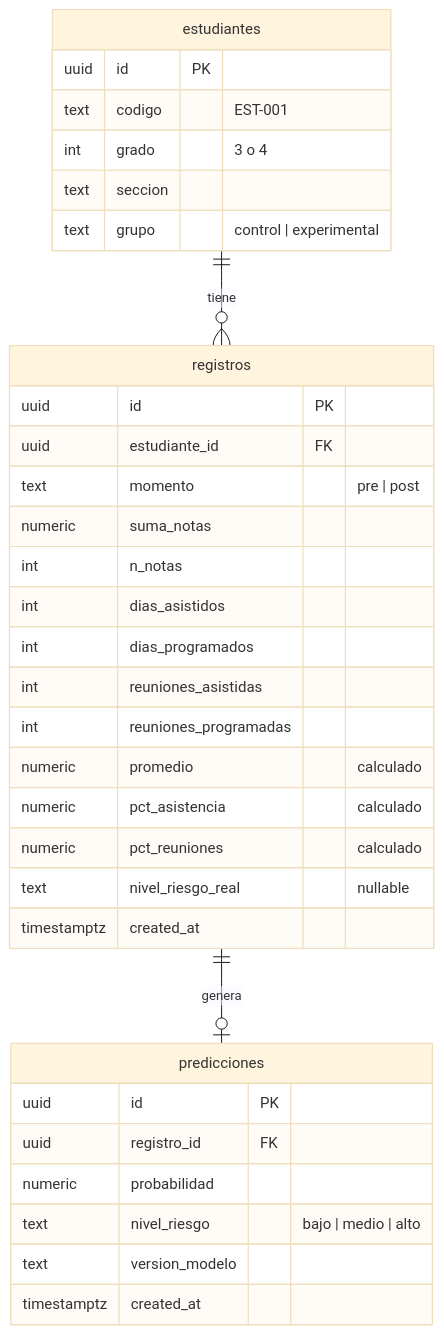
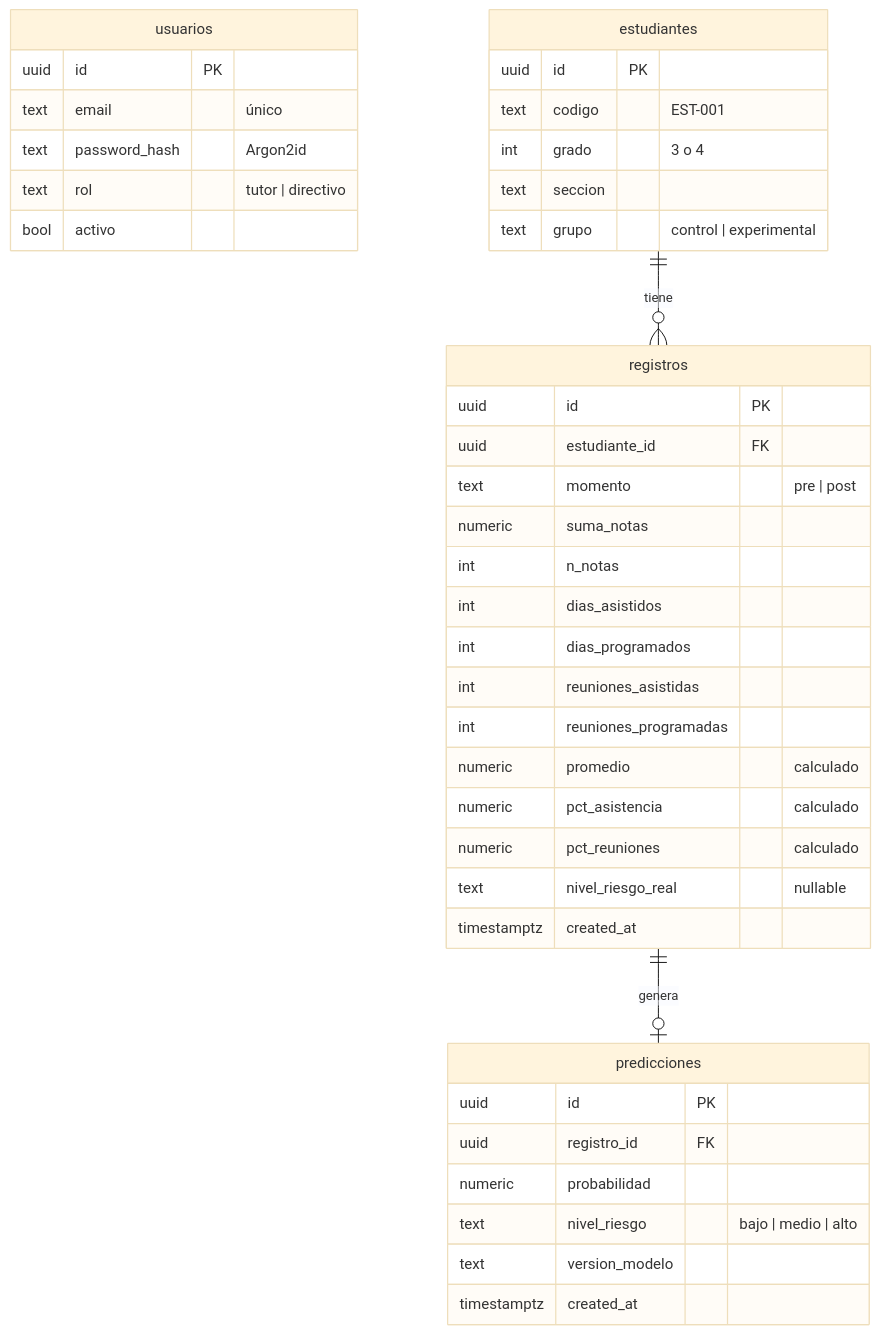
Before and after one commit to marclo-j/web-ml: the second of 2 diagrams in docs/ARQUITECTURA.md, drawn with Mermaid (base theme). The commit also changed other lines of this file and 17 other files, not shown here.

````diff
--- a/docs/ARQUITECTURA.md
+++ b/docs/ARQUITECTURA.md
@@ -63,36 +64,43 @@
 ```mermaid
 erDiagram
+  usuarios {
+    uuid id PK
+    text email "único"
+    text password_hash "Argon2id"
+    text rol "tutor | directivo"
+    bool activo
+  }
   estudiantes ||--o{ registros : tiene
   registros ||--o| predicciones : genera
   estudiantes {
     uuid id PK
     text codigo "EST-001"
     int grado "3 o 4"
     text seccion
     text grupo "control | experimental"
   }
   registros {
     uuid id PK
     uuid estudiante_id FK
     text momento "pre | post"
     numeric suma_notas
     int n_notas
     int dias_asistidos
     int dias_programados
     int reuniones_asistidas
     int reuniones_programadas
     numeric promedio "calculado"
     numeric pct_asistencia "calculado"
     numeric pct_reuniones "calculado"
     text nivel_riesgo_real "nullable"
     timestamptz created_at
   }
   predicciones {
     uuid id PK
     uuid registro_id FK
     numeric probabilidad
     text nivel_riesgo "bajo | medio | alto"
     text version_modelo
     timestamptz created_at
   }
 ```
````
